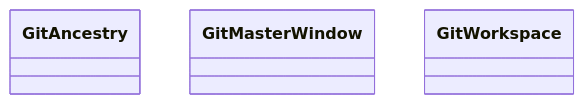
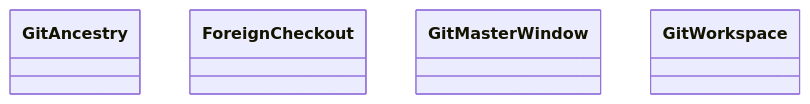
The diagram in docs/architecture/generated/classes-process-adapters-git.md (GonzaloZevallos/agentic-system), drawn with Mermaid before and after one commit. The commit also changed 8 other files, not shown here.

Commit message:
Deny git from a broken task checkout in the Developer's Bash, register guard.py for mypy, and write the GH-1142 ADR addenda

````diff
--- a/docs/architecture/generated/classes-process-adapters-git.md
+++ b/docs/architecture/generated/classes-process-adapters-git.md
@@ -12,6 +12,7 @@
 ```mermaid
 classDiagram
     class git__ancestry__GitAncestry["GitAncestry"]
+    class git__guard__ForeignCheckout["ForeignCheckout"]
     class git__master_window__GitMasterWindow["GitMasterWindow"]
     class git__workspace__GitWorkspace["GitWorkspace"]
 ```
````
